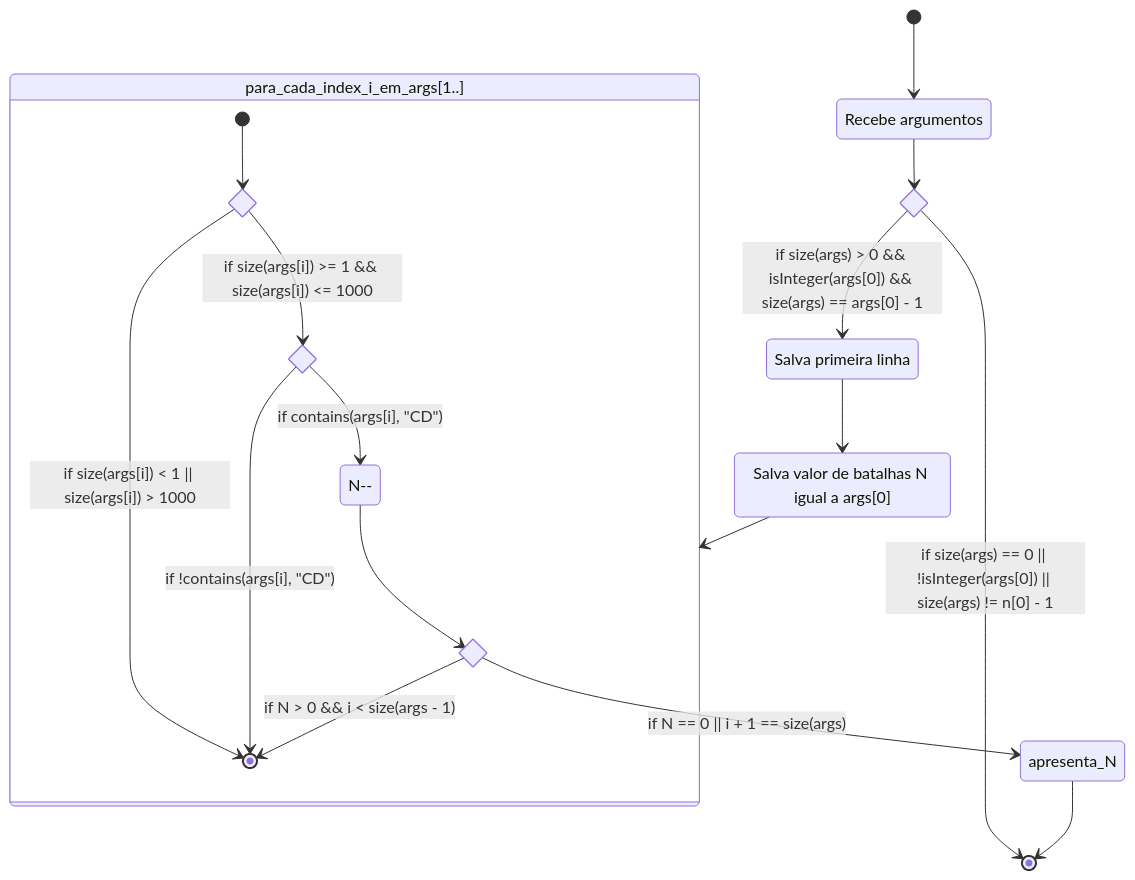
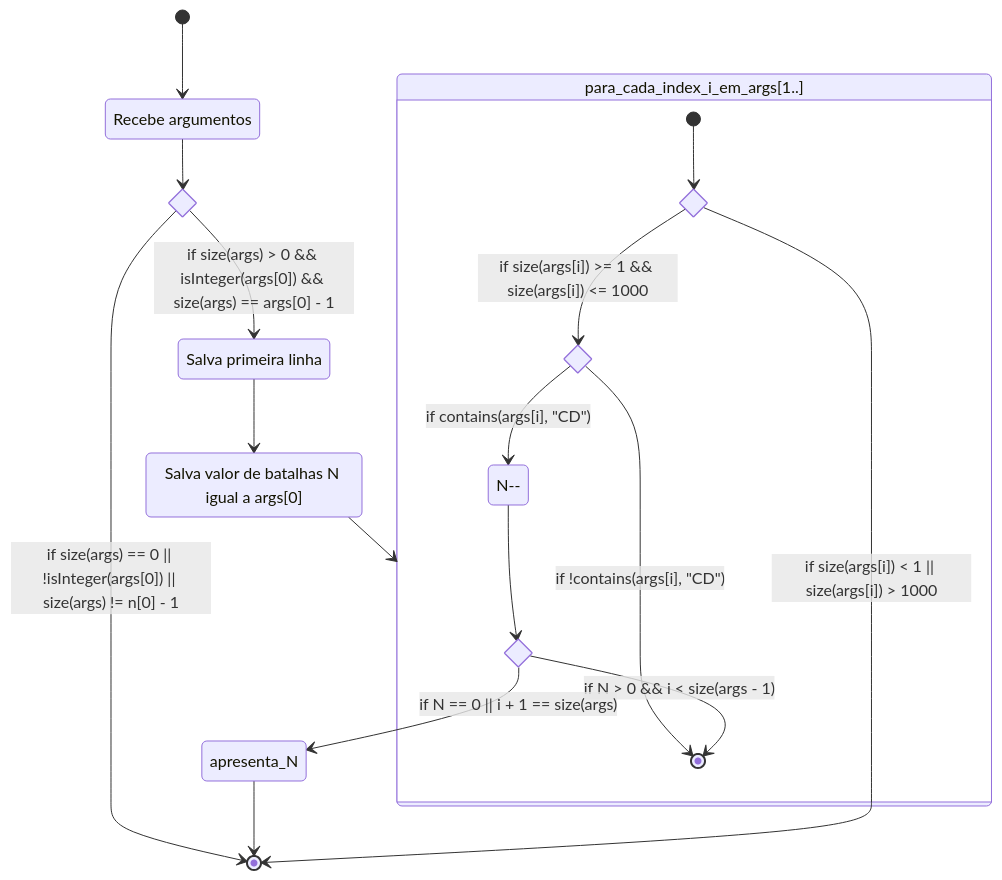
One commit to rremiao/plant-uml-gherkin-exercise changed the diagram in README.md. Above: the diagram before and after it, drawn with Mermaid.

Commit message:
ajsute fluxo

````diff
--- a/README.md
+++ b/README.md
@@ -4,34 +4,34 @@
 ```mermaid
 stateDiagram-v2
 
 RB: Recebe argumentos
 state valida_entrada <<choice>>
 salva_primeira: Salva primeira linha
 salva_numero_ganhos: Salva valor de batalhas N igual a args[0]
 state main_loop: para cada linha subsequente.
 state valida_N <<choice>>
 state apresenta_N: apresenta valor de N
 
 [*] --> RB
 RB --> valida_entrada
 valida_entrada --> salva_primeira: if size(args) > 0 && isInteger(args[0]) && size(args) == args[0] - 1
 valida_entrada --> [*]: if size(args) == 0 || !isInteger(args[0]) || size(args) != n[0] - 1
 salva_primeira --> salva_numero_ganhos 
 salva_numero_ganhos --> para_cada_index_i_em_args[1..]
 
 state para_cada_index_i_em_args[1..] {
     state valida_golpes <<choice>>
     state valida_caracteres <<choice>>
     decrem: N--
-    [*] --> valida_golpes
-    valida_golpes --> [*]: if size(args[i]) < 1 || size(args[i]) > 1000 
+    [*] --> valida_golpes 
     valida_golpes --> valida_caracteres: if size(args[i]) >= 1 && size(args[i]) <= 1000
     valida_caracteres --> decrem: if contains(args[i], "CD")
     valida_caracteres --> [*]: if !contains(args[i], "CD")
     decrem --> valida_N
     valida_N --> [*]: if N > 0 && i < size(args - 1)
 }
 valida_N --> apresenta_N: if N == 0 || i + 1 == size(args)
 apresenta_N --> [*]
+valida_golpes --> [*]: if size(args[i]) < 1 || size(args[i]) > 1000
 
 ```
````
